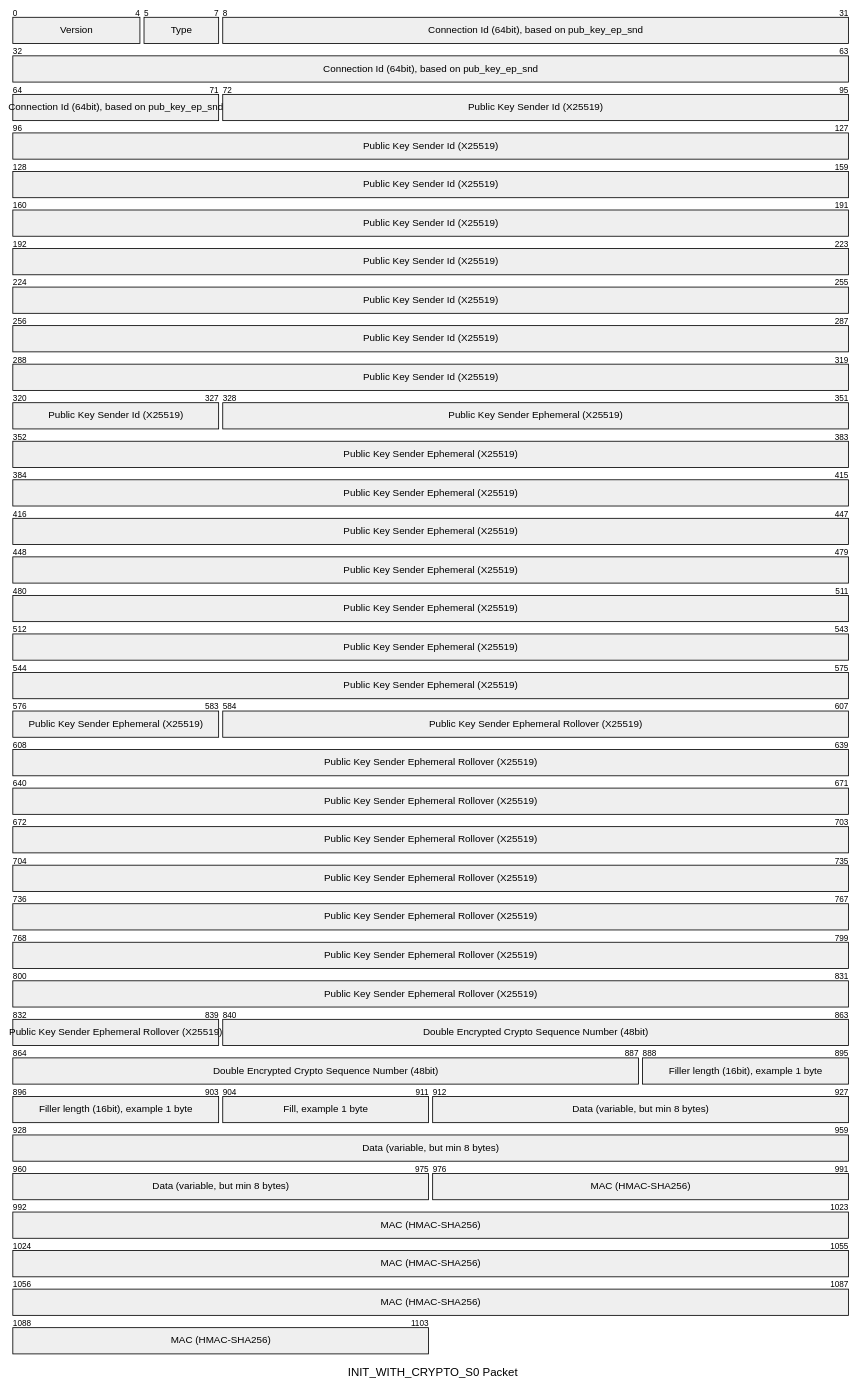
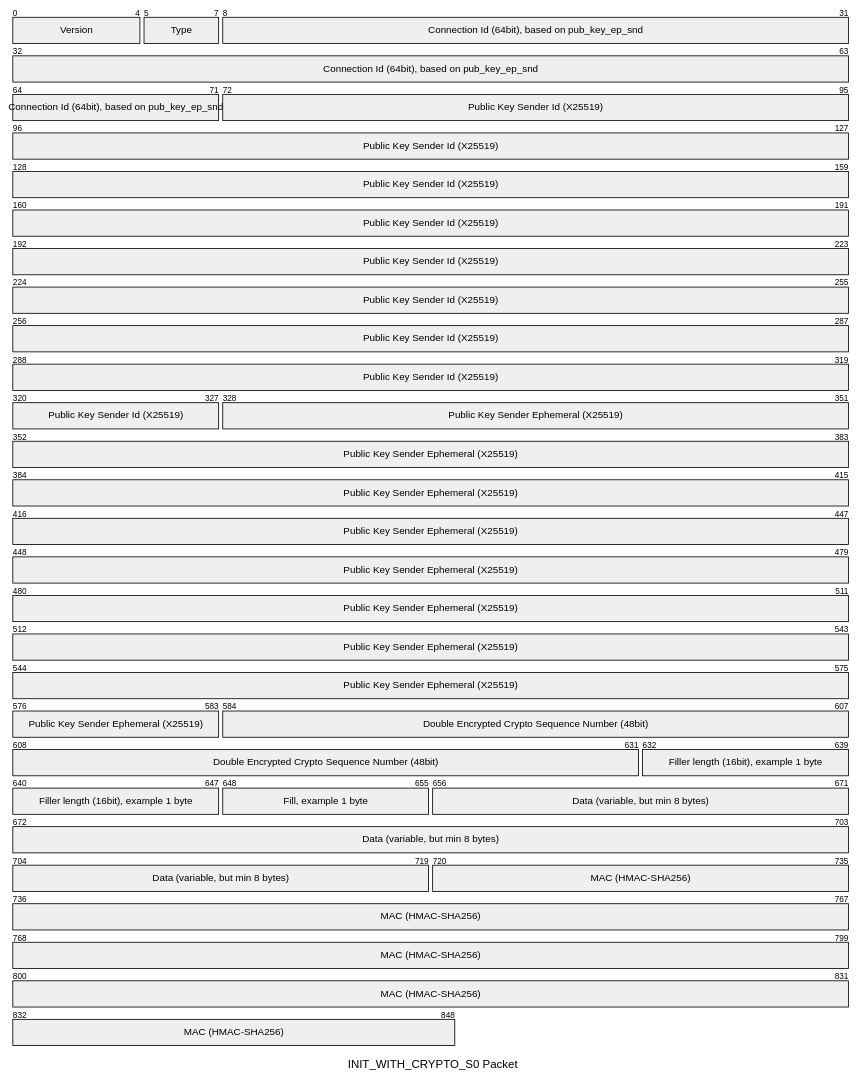
One commit to tbocek/qotp changed the fifth of 13 diagrams in Readme.md. Above: the diagram before and after it, drawn with Mermaid. The commit also changed other lines of this file and 8 other files, not shown here.

````diff
--- a/Readme.md
+++ b/Readme.md
@@ -169,17 +169,16 @@
 ```mermaid
 ---
 title: "INIT_WITH_CRYPTO_S0 Packet"
 ---
 packet-beta
   0-4: "Version"
   5-7: "Type"
   8-71: "Connection Id (64bit), based on pub_key_ep_snd"
   72-327: "Public Key Sender Id (X25519)"
   328-583: "Public Key Sender Ephemeral (X25519)"
-  584-839: "Public Key Sender Ephemeral Rollover (X25519)"
-  840-887: "Double Encrypted Crypto Sequence Number (48bit)"
-  888-903: "Filler length (16bit), example 1 byte"
-  904-911: "Fill, example 1 byte"
-  912-975: "Data (variable, but min 8 bytes)"
-  976-1103: "MAC (HMAC-SHA256)"
+  584-631: "Double Encrypted Crypto Sequence Number (48bit)"
+  632-647: "Filler length (16bit), example 1 byte"
+  648-655: "Fill, example 1 byte"
+  656-719: "Data (variable, but min 8 bytes)"
+  720-848: "MAC (HMAC-SHA256)"
 ```
````
